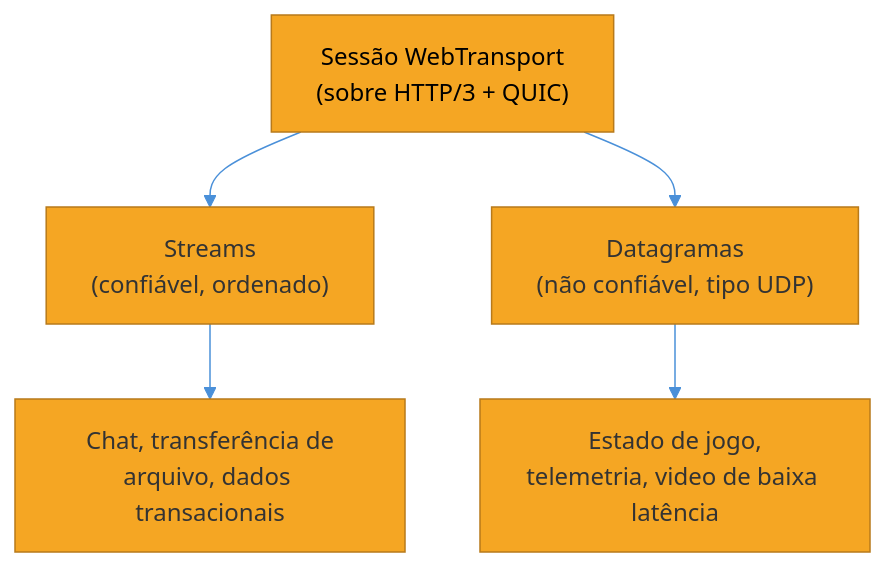
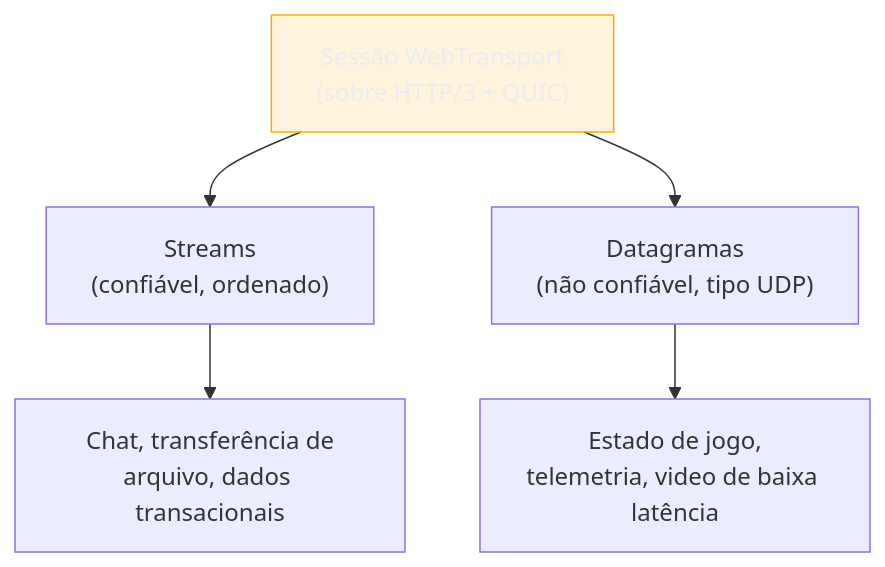
One commit to josenaldo/codex-technomanticus changed the third of 3 diagrams in 03-Dominios/Engenharia/Comunicação entre Sistemas/1 - Panorama e decisão/04 - Comunicação em tempo real.md. Above: the diagram before and after it, drawn with Mermaid. The commit also changed other lines of this file and 1181 other files, not shown here.

First line of the commit message:
fix(diagramas): paleta do sistema no lugar de cor cravada no markdown

````diff
--- a/03-Dominios/Engenharia/Comunicação entre Sistemas/1 - Panorama e decisão/04 - Comunicação em tempo real.md
+++ b/03-Dominios/Engenharia/Comunicação entre Sistemas/1 - Panorama e decisão/04 - Comunicação em tempo real.md
@@ -182,9 +180,9 @@
 ```mermaid
-%%{init: {"theme": "base", "themeVariables": {"primaryColor": "#F5A623", "primaryBorderColor": "#B87A1A", "lineColor": "#4A90D9"}}}%%
 graph TD
+    classDef destaque fill:#FFAA0024,stroke:#FFAA00,color:#E9ECF2
     WT["Sessão WebTransport<br/>(sobre HTTP/3 + QUIC)"] --> ST["Streams<br/>(confiável, ordenado)"]
     WT --> DG["Datagramas<br/>(não confiável, tipo UDP)"]
     ST --> ST1["Chat, transferência de<br/>arquivo, dados transacionais"]
     DG --> DG1["Estado de jogo,<br/>telemetria, video de baixa latência"]
-    style WT fill:#F5A623,color:#000
+    class WT destaque
 ```
````
